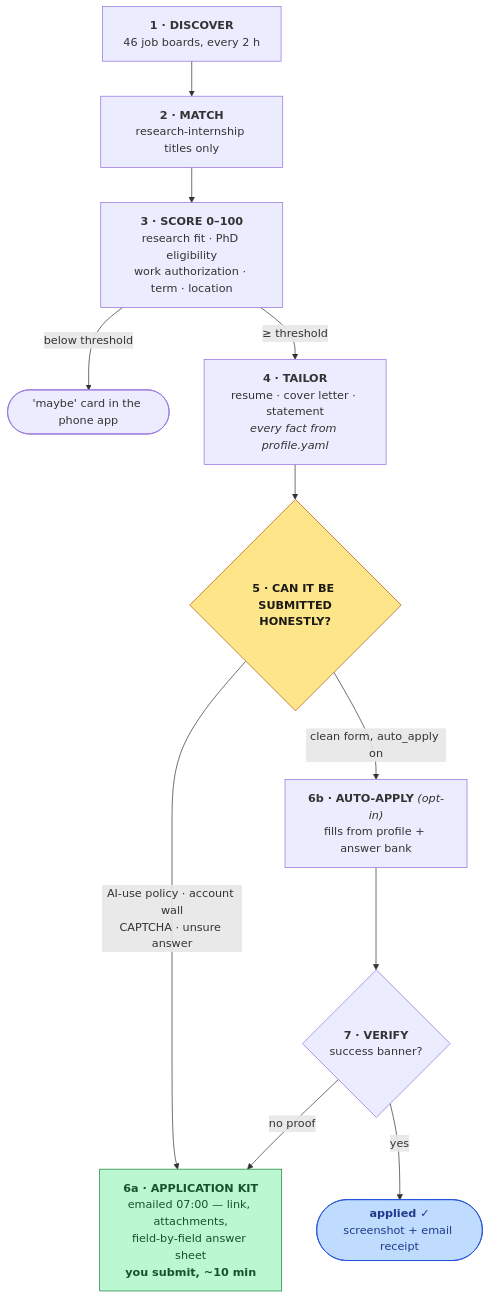
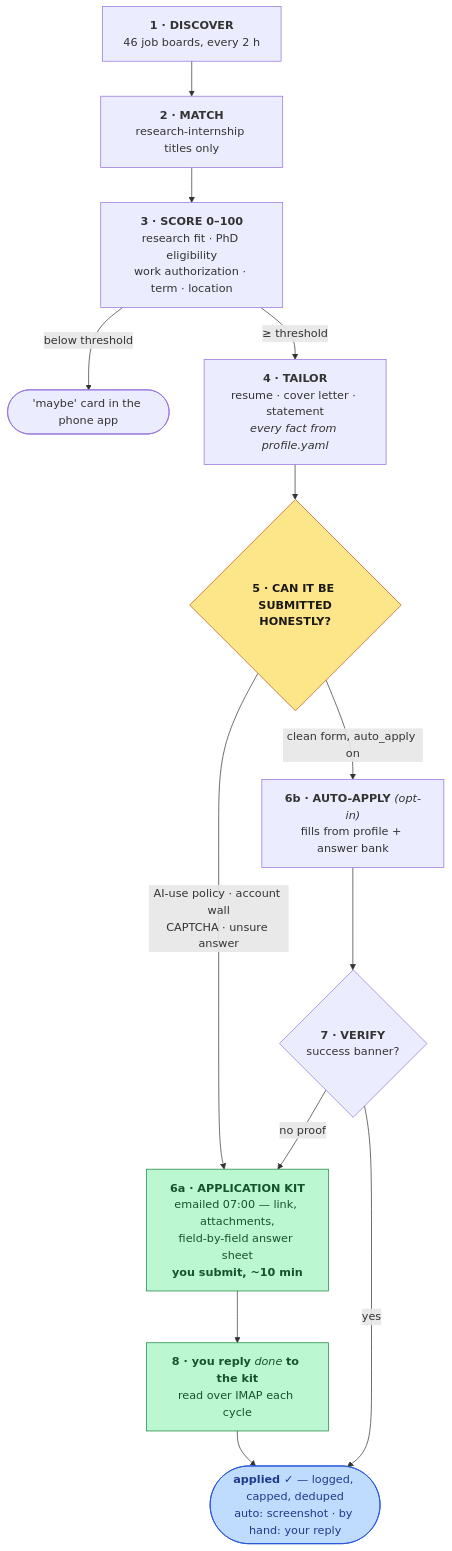
The diagram in README.md (abhinavkochar9/jobbot), drawn with Mermaid before and after one commit. The commit also changed other lines of this file and 5 other files, not shown here.

First line of the commit message:
feat: track hand-submitted applications via kit email replies

````diff
--- a/README.md
+++ b/README.md
@@ -14,25 +14,28 @@
 ```mermaid
 flowchart TD
     D["<b>1 · DISCOVER</b><br/>46 job boards, every 2 h"]
     M["<b>2 · MATCH</b><br/>research-internship titles only"]
     S["<b>3 · SCORE 0–100</b><br/>research fit · PhD eligibility<br/>work authorization · term · location"]
     SK(["'maybe' card in the phone app"])
     T["<b>4 · TAILOR</b><br/>resume · cover letter · statement<br/><i>every fact from profile.yaml</i>"]
     G{"<b>5 · CAN IT BE SUBMITTED<br/>HONESTLY?</b>"}
     K["<b>6a · APPLICATION KIT</b><br/>emailed 07:00 — link, attachments,<br/>field-by-field answer sheet<br/><b>you submit, ~10 min</b>"]
     A["<b>6b · AUTO-APPLY</b> <i>(opt-in)</i><br/>fills from profile + answer bank"]
     V{"<b>7 · VERIFY</b><br/>success banner?"}
-    R(["<b>applied ✓</b><br/>screenshot + email receipt"])
+    RE["<b>8 · you reply</b> <i>done</i> <b>to the kit</b><br/>read over IMAP each cycle"]
+    R(["<b>applied ✓</b> — logged, capped, deduped<br/>auto: screenshot · by hand: your reply"])
 
     D --> M --> S
     S -->|"below threshold"| SK
     S -->|"≥ threshold"| T --> G
     G -->|"AI-use policy · account wall<br/>CAPTCHA · unsure answer"| K
     G -->|"clean form, auto_apply on"| A --> V
+    K --> RE --> R
     V -->|yes| R
     V -->|"no proof"| K
 
     style G fill:#fde68a,stroke:#b45309,color:#1c1917
     style K fill:#bbf7d0,stroke:#15803d,color:#14532d
+    style RE fill:#bbf7d0,stroke:#15803d,color:#14532d
     style R fill:#bfdbfe,stroke:#1d4ed8,color:#1e3a8a
 ```
````
